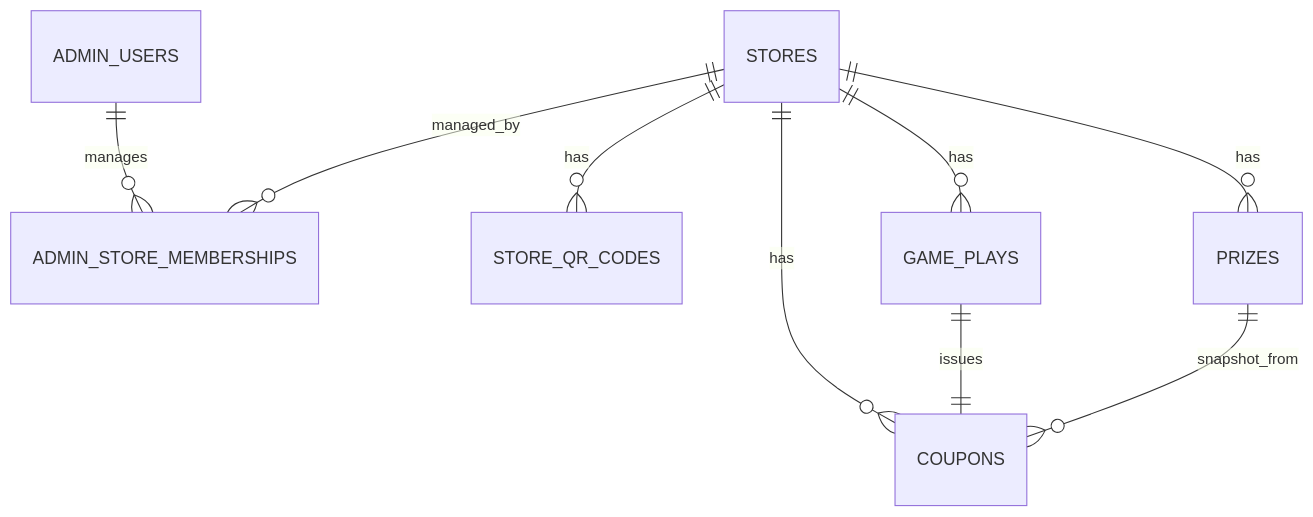
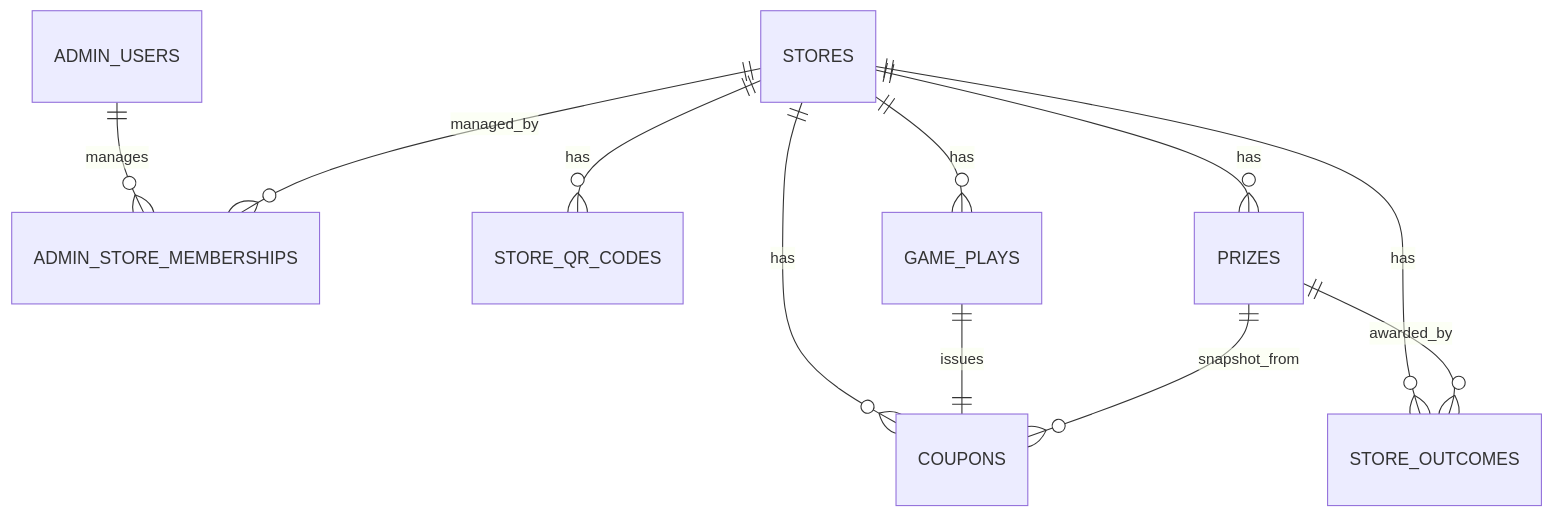
One commit to Eehoyoung/yut-review changed the diagram in 04_ERD.md. Above: the diagram before and after it, drawn with Mermaid. The commit also changed other lines of this file and 5 other files, not shown here.

````diff
--- a/04_ERD.md
+++ b/04_ERD.md
@@ -4,11 +4,13 @@
 ```mermaid
 erDiagram
     ADMIN_USERS ||--o{ ADMIN_STORE_MEMBERSHIPS : manages
     STORES ||--o{ ADMIN_STORE_MEMBERSHIPS : managed_by
     STORES ||--o{ STORE_QR_CODES : has
     STORES ||--o{ PRIZES : has
+    STORES ||--o{ STORE_OUTCOMES : has
     STORES ||--o{ GAME_PLAYS : has
     STORES ||--o{ COUPONS : has
     GAME_PLAYS ||--|| COUPONS : issues
     PRIZES ||--o{ COUPONS : snapshot_from
+    PRIZES ||--o{ STORE_OUTCOMES : awarded_by
 ```
````
